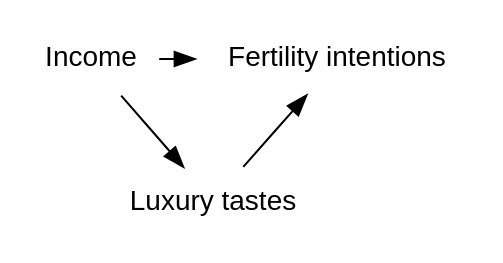
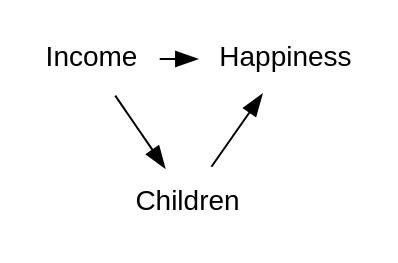
Before and after one commit to RohanAlexander/telling_stories: the third of 5 diagrams in 15-causality_from_obs.qmd, drawn with Graphviz. The commit also changed other lines of this file and 50 other files, not shown here.

````diff
--- a/15-causality_from_obs.qmd
+++ b/15-causality_from_obs.qmd
@@ -166,19 +166,18 @@
 ```{dot}
 //| label: fig-dot-luxuryasmediator
-//| fig-cap: "Luxury taste as a mediator between income and fertility intentions"
+//| fig-cap: "Children as a mediator between income and happiness"
 //| echo: true
-
 digraph D {
 
   node [shape=plaintext, fontname = "helvetica"];
   
   a [label = "Income"];
-  b [label = "Fertility intentions"];
-  c [label = "Luxury tastes"];
+  b [label = "Happiness"];
+  c [label = "Children"];
   
   { rank=same a b};
   
   a->{b, c};
   c->b;
 }
 ```
````
